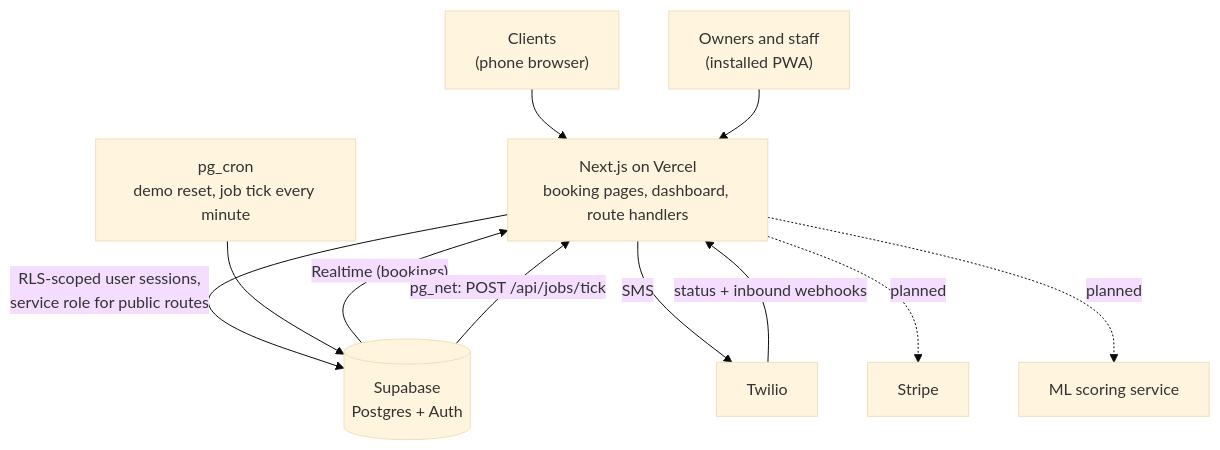
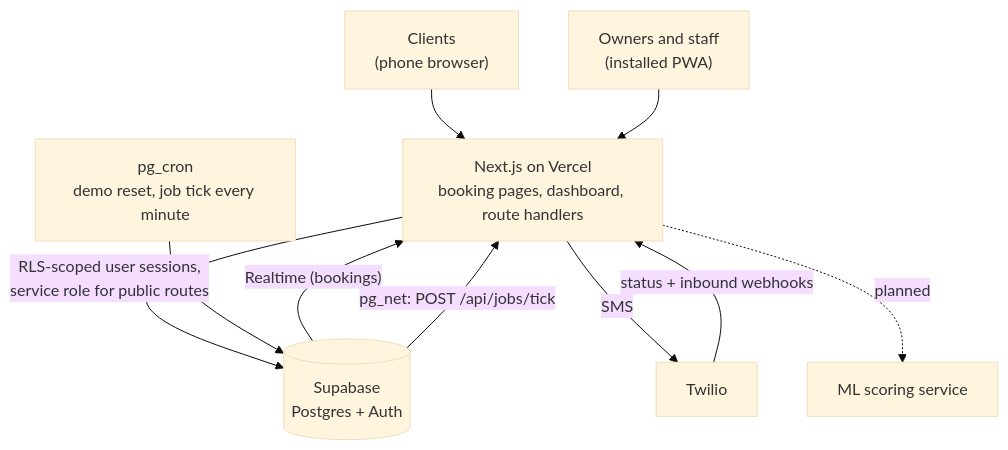
One commit to ousmanebarry/fullcut changed the first of 2 diagrams in README.md. Above: the diagram before and after it, drawn with Mermaid (base theme). The commit also changed other lines of this file and 22 other files, not shown here.

````diff
--- a/README.md
+++ b/README.md
@@ -134,14 +134,13 @@
 ```mermaid
 flowchart TD
     client["Clients<br/>(phone browser)"] --> web
     owner["Owners and staff<br/>(installed PWA)"] --> web
     web["Next.js on Vercel<br/>booking pages, dashboard, route handlers"]
     web -->|"RLS-scoped user sessions,<br/>service role for public routes"| db[("Supabase<br/>Postgres + Auth")]
     db -->|"Realtime (bookings)"| web
     cron["pg_cron<br/>demo reset, job tick every minute"] --> db
     db -->|"pg_net: POST /api/jobs/tick"| web
     web -->|"SMS"| twilio["Twilio"]
     twilio -->|"status + inbound webhooks"| web
-    web -.->|planned| stripe["Stripe"]
     web -.->|planned| ml["ML scoring service"]
 ```
````
